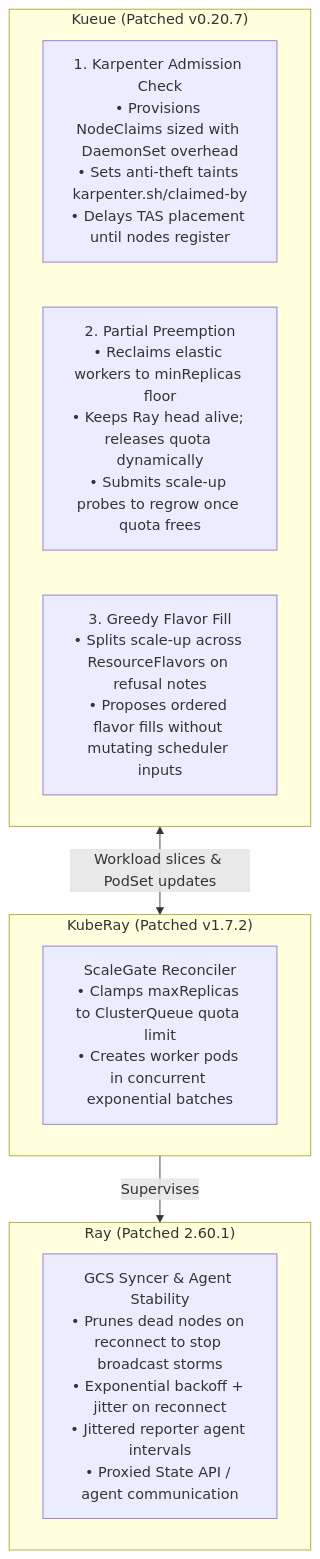
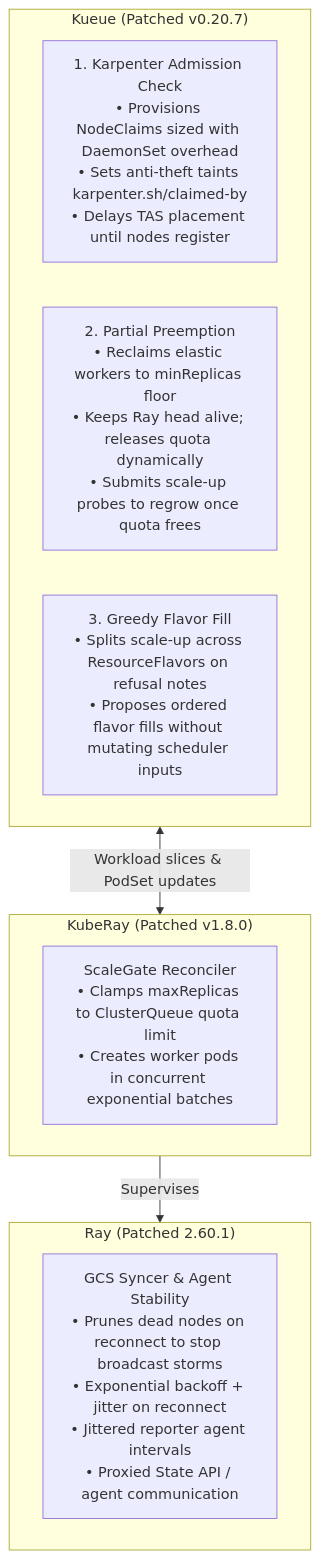
Before and after one commit to simonepri/elastic-kueue-kuberay-patches: the diagram in readme.md, drawn with Mermaid. The commit also changed other lines of this file and 8 other files, not shown here.

````diff
--- a/readme.md
+++ b/readme.md
@@ -33,19 +33,19 @@
 ```mermaid
 flowchart TD
     subgraph Kueue ["Kueue (Patched v0.20.7)"]
         K1["1. Karpenter Admission Check<br>• Provisions NodeClaims sized with DaemonSet overhead<br>• Sets anti-theft taints karpenter.sh/claimed-by<br>• Delays TAS placement until nodes register"]
         K2["2. Partial Preemption<br>• Reclaims elastic workers to minReplicas floor<br>• Keeps Ray head alive; releases quota dynamically<br>• Submits scale-up probes to regrow once quota frees"]
         K3["3. Greedy Flavor Fill<br>• Splits scale-up across ResourceFlavors on refusal notes<br>• Proposes ordered flavor fills without mutating scheduler inputs"]
     end
 
-    subgraph KubeRay ["KubeRay (Patched v1.7.2)"]
+    subgraph KubeRay ["KubeRay (Patched v1.8.0)"]
         KR1["ScaleGate Reconciler<br>• Clamps maxReplicas to ClusterQueue quota limit<br>• Creates worker pods in concurrent exponential batches"]
     end
 
     subgraph RayCore ["Ray (Patched 2.60.1)"]
         RC1["GCS Syncer & Agent Stability<br>• Prunes dead nodes on reconnect to stop broadcast storms<br>• Exponential backoff + jitter on reconnect<br>• Jittered reporter agent intervals<br>• Proxied State API / agent communication"]
     end
 
     Kueue <-->|"Workload slices & PodSet updates"| KubeRay
     KubeRay -->|"Supervises"| RayCore
 ```
````
